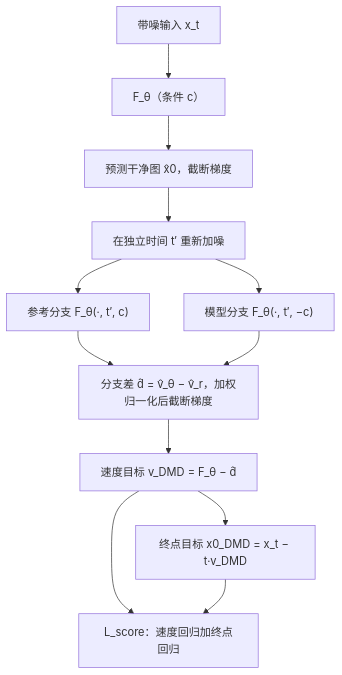
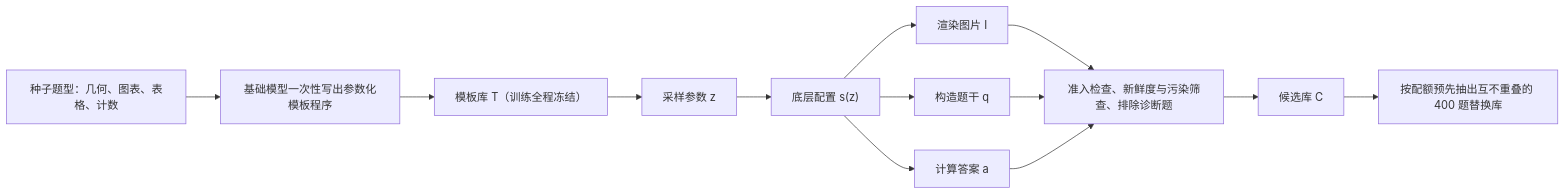
Before and after one commit to yingwang/paper-reads: the second of 6 diagrams in docs/index.md, drawn with Mermaid. The commit also changed other lines of this file and 2 other files, not shown here.

````diff
--- a/docs/index.md
+++ b/docs/index.md
@@ -230,14 +124,15 @@
 ```mermaid
-flowchart TB
-    XT["带噪输入 x_t"] --> F1["F_θ（条件 c）"]
-    F1 --> X0["预测干净图 x̂0，截断梯度"]
-    X0 --> RN["在独立时间 t′ 重新加噪"]
-    RN --> BR["参考分支 F_θ(·, t′, c)"]
-    RN --> BM["模型分支 F_θ(·, t′, −c)"]
-    BR --> D["分支差 d̂ = v̂_θ − v̂_r，加权归一化后截断梯度"]
-    BM --> D
-    D --> VT["速度目标 v_DMD = F_θ − d̂"]
-    VT --> XT2["终点目标 x0_DMD = x_t − t·v_DMD"]
-    VT --> L["L_score：速度回归加终点回归"]
-    XT2 --> L
+flowchart LR
+    T["种子题型：几何、图表、表格、计数"] --> M["基础模型一次性写出参数化模板程序"]
+    M --> L["模板库 T（训练全程冻结）"]
+    L --> Z["采样参数 z"]
+    Z --> C["底层配置 s(z)"]
+    C --> I["渲染图片 I"]
+    C --> Q["构造题干 q"]
+    C --> A["计算答案 a"]
+    I --> V["准入检查、新鲜度与污染筛查、排除诊断题"]
+    Q --> V
+    A --> V
+    V --> P["候选库 C"]
+    P --> D["按配额预先抽出互不重叠的 400 题替换库"]
 ```
````
